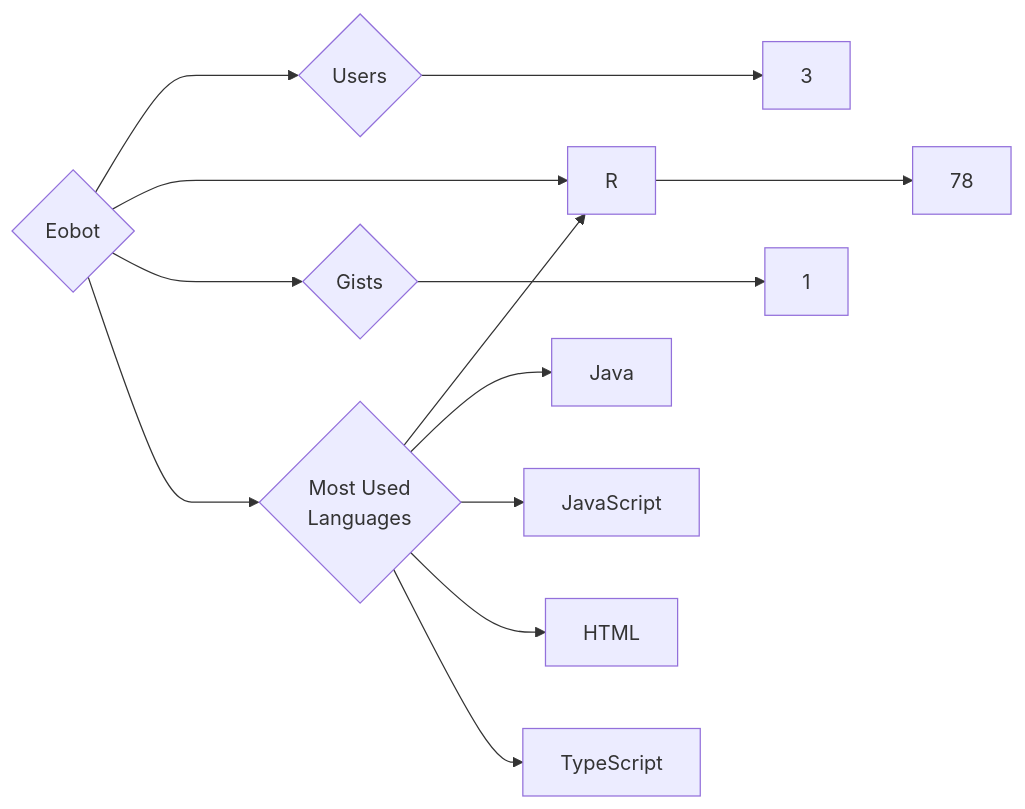
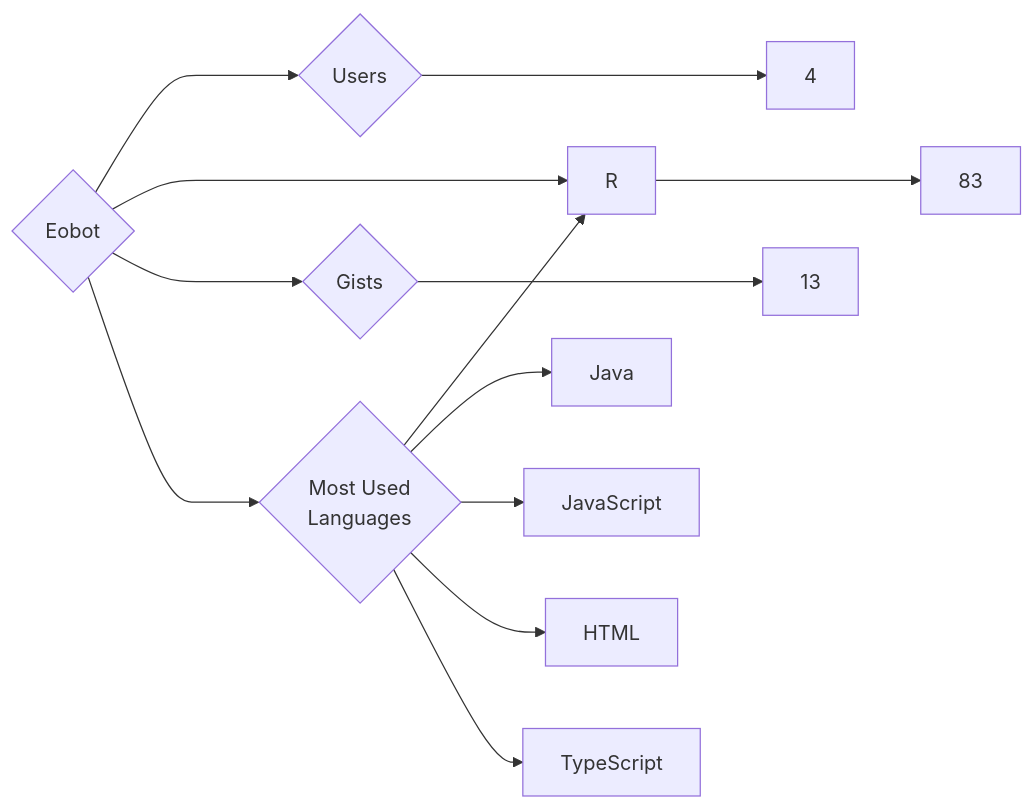
Before and after one commit to trickest/insiders: the diagram in targets/Eobot/README.md, drawn with Mermaid. The commit also changed 857 other files, not shown here.

````diff
--- a/targets/Eobot/README.md
+++ b/targets/Eobot/README.md
@@ -3,13 +3,13 @@
 ```mermaid
 graph LR
 COMPANY_NAME{Eobot}
-COMPANY_NAME ---> U{Users} ---> UN[3]
-COMPANY_NAME ---> R{Repositories} ---> RN[78]
-COMPANY_NAME ---> G{Gists} ---> GN[1]
+COMPANY_NAME ---> U{Users} ---> UN[4]
+COMPANY_NAME ---> R{Repositories} ---> RN[83]
+COMPANY_NAME ---> G{Gists} ---> GN[13]
 COMPANY_NAME ---> ML{Most Used<br>Languages}
 ML --> R[R]
 ML --> Java[Java]
 ML --> JavaScript[JavaScript]
 ML --> HTML[HTML]
 ML --> TypeScript[TypeScript]
 ```
````
